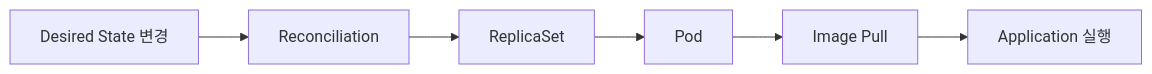
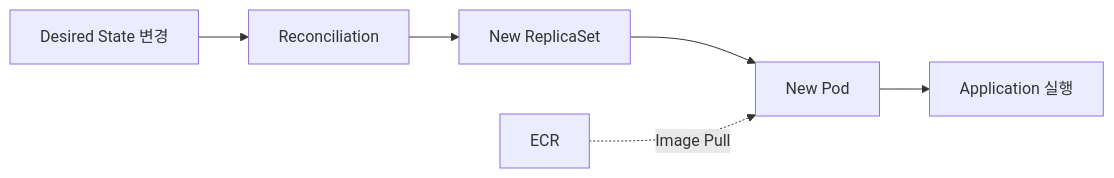
One commit to jw3418/jw3418.github.io changed diagram 11 of 11 in _posts/2026-08-16-jenkins-eks-deployment-flow.md. Above: the diagram before and after it, drawn with Mermaid. The commit also changed other lines of this file, not shown here.

````diff
--- a/_posts/2026-08-16-jenkins-eks-deployment-flow.md
+++ b/_posts/2026-08-16-jenkins-eks-deployment-flow.md
@@ -478,8 +478,8 @@
 ```mermaid
 flowchart LR
     D["Desired State 변경"] --> R["Reconciliation"]
-    R --> RS["ReplicaSet"]
-    RS --> P["Pod"]
-    P --> I["Image Pull"]
-    I --> A["Application 실행"]
+    R --> RS["New ReplicaSet"]
+    RS --> P["New Pod"]
+    E["ECR"] -. "Image Pull" .-> P
+    P --> A["Application 실행"]
 ```
````
